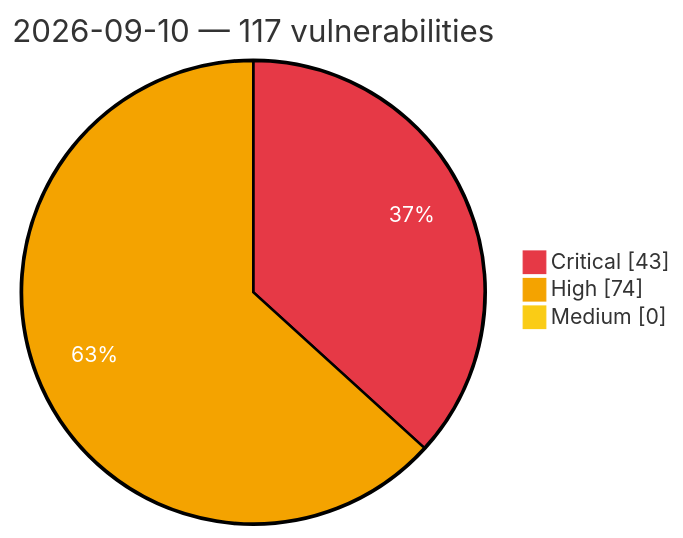
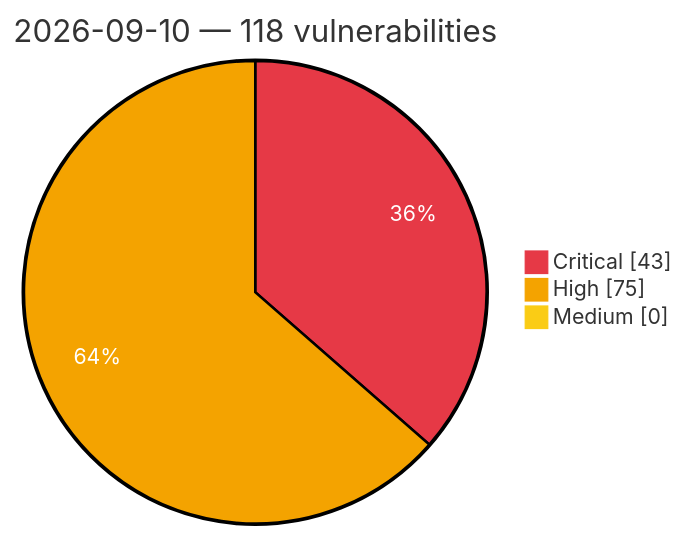
Before and after one commit to GhostX0X/vuln-tracker: the diagram in vulnerabilities/2026/September/2026-09-10.md, drawn with Mermaid. The commit also changed other lines of this file and 5 other files, not shown here.

````diff
--- a/vulnerabilities/2026/September/2026-09-10.md
+++ b/vulnerabilities/2026/September/2026-09-10.md
@@ -3,8 +3,8 @@
 ```mermaid
 %%{init: {'theme':'base', 'themeVariables': {'pie1':'#e63946', 'pie2':'#f4a300', 'pie3':'#facc15', 'pieOpacity':'1', 'pieOuterStrokeWidth':'2px', 'pieSectionTextColor':'#ffffff'}}}%%
 pie showData
-    title 2026-09-10 — 117 vulnerabilities
+    title 2026-09-10 — 118 vulnerabilities
     "Critical" : 43
-    "High" : 74
+    "High" : 75
     "Medium" : 0
 ```
````
